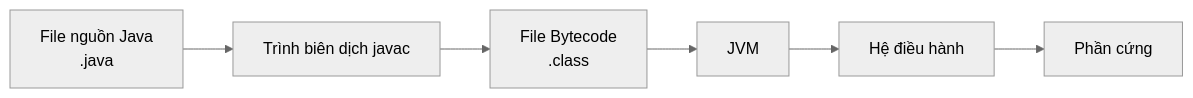
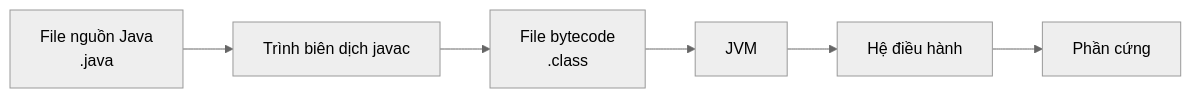
Before and after one commit to PhuThien2005/theoretical-of-java-core: the diagram in vi/01-overview/README.md, drawn with Mermaid (neutral theme). The commit also changed other lines of this file and 229 other files, not shown here.

````diff
--- a/vi/01-overview/README.md
+++ b/vi/01-overview/README.md
@@ -28,8 +28,8 @@
 ```mermaid
 flowchart LR
     A[File nguồn Java<br>.java] --> B[Trình biên dịch javac]
-    B --> C[File Bytecode<br>.class]
+    B --> C[File bytecode<br>.class]
     C --> D[JVM]
     D --> E[Hệ điều hành]
     E --> F[Phần cứng]
 ```
````
